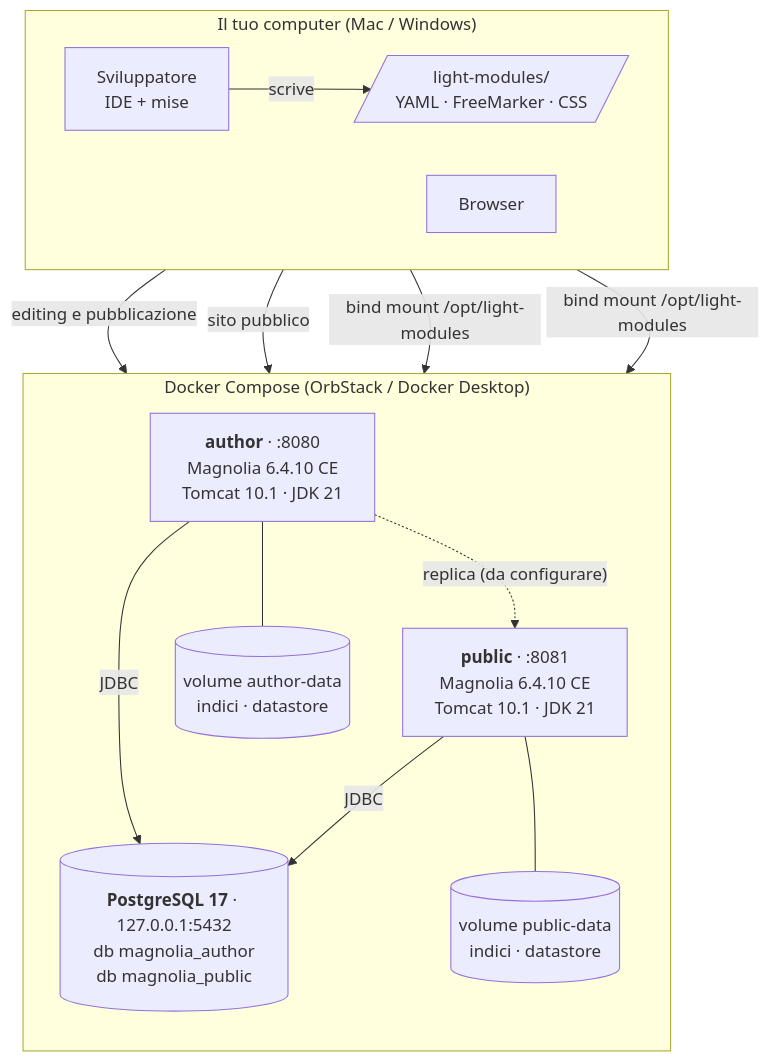
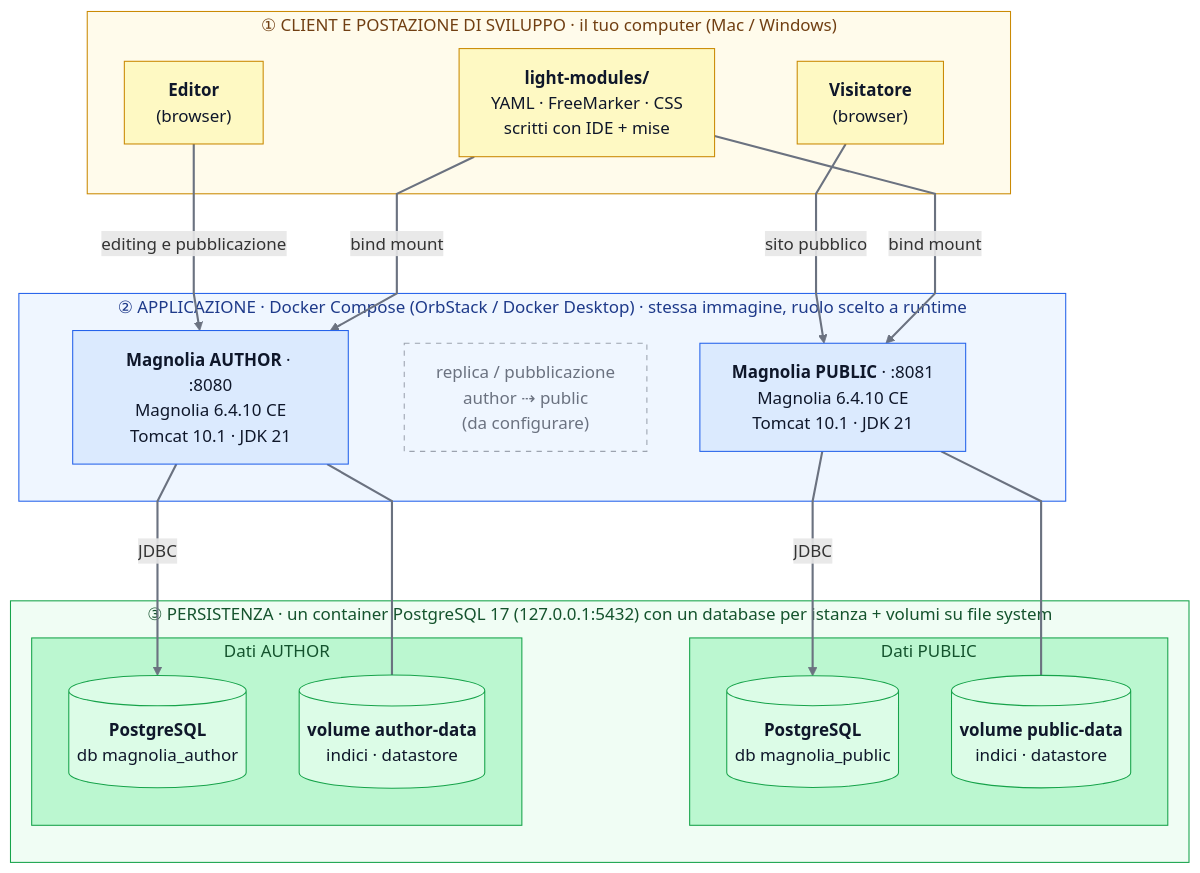
Before and after one commit to matteopelucco/magnolia-showcase: the first of 2 diagrams in README.md, drawn with Mermaid. The commit also changed other lines of this file, not shown here.

Commit message:
Redesign runtime architecture diagram with horizontal layers
Three labelled layers (client/dev, application, persistence); author and public
sit on the same row, each with its own PostgreSQL database and volume aligned
underneath. Replication is shown as a dashed note (not yet configured).

````diff
--- a/README.md
+++ b/README.md
@@ -13,29 +13,52 @@
 ```mermaid
+%%{init: {"flowchart": {"curve": "linear", "nodeSpacing": 50, "rankSpacing": 70}}}%%
 flowchart TB
-    subgraph host["Il tuo computer (Mac / Windows)"]
-        direction LR
-        dev["Sviluppatore<br/>IDE + mise"]
-        lm[/"light-modules/<br/>YAML · FreeMarker · CSS"/]
-        browser["Browser"]
-        dev -->|scrive| lm
+    subgraph L1["① CLIENT E POSTAZIONE DI SVILUPPO · il tuo computer (Mac / Windows)"]
+        visitor["<b>Visitatore</b><br/>(browser)"]
+        lm["<b>light-modules/</b><br/>YAML · FreeMarker · CSS<br/>scritti con IDE + mise"]
+        editor["<b>Editor</b><br/>(browser)"]
     end
 
-    subgraph compose["Docker Compose (OrbStack / Docker Desktop)"]
-        direction TB
-        a["<b>author</b> · :8080<br/>Magnolia 6.4.10 CE<br/>Tomcat 10.1 · JDK 21"]
-        p["<b>public</b> · :8081<br/>Magnolia 6.4.10 CE<br/>Tomcat 10.1 · JDK 21"]
-        pg[("<b>PostgreSQL 17</b> · 127.0.0.1:5432<br/>db magnolia_author<br/>db magnolia_public")]
-        va[("volume author-data<br/>indici · datastore")]
-        vp[("volume public-data<br/>indici · datastore")]
+    subgraph L2["② APPLICAZIONE · Docker Compose (OrbStack / Docker Desktop) · stessa immagine, ruolo scelto a runtime"]
+        public["<b>Magnolia PUBLIC</b> · :8081<br/>Magnolia 6.4.10 CE<br/>Tomcat 10.1 · JDK 21"]
+        repl["replica / pubblicazione<br/>author ⇢ public<br/>(da configurare)"]
+        author["<b>Magnolia AUTHOR</b> · :8080<br/>Magnolia 6.4.10 CE<br/>Tomcat 10.1 · JDK 21"]
     end
 
-    browser -->|"editing e pubblicazione"| a
-    browser -->|"sito pubblico"| p
-    lm -->|"bind mount /opt/light-modules"| a
-    lm -->|"bind mount /opt/light-modules"| p
-    a -->|"JDBC"| pg
-    p -->|"JDBC"| pg
-    a --- va
-    p --- vp
-    a -.->|"replica (da configurare)"| p
+    subgraph L3["③ PERSISTENZA · un container PostgreSQL 17 (127.0.0.1:5432) con un database per istanza + volumi su file system"]
+        subgraph DP["Dati PUBLIC"]
+            dbp[("<b>PostgreSQL</b><br/>db magnolia_public")]
+            volp[("<b>volume public-data</b><br/>indici · datastore")]
+        end
+        subgraph DA["Dati AUTHOR"]
+            dba[("<b>PostgreSQL</b><br/>db magnolia_author")]
+            vola[("<b>volume author-data</b><br/>indici · datastore")]
+        end
+    end
+
+    editor -->|"editing e pubblicazione"| author
+    visitor -->|"sito pubblico"| public
+    lm -->|"bind mount"| author
+    lm -->|"bind mount"| public
+    lm ~~~ repl
+    author -->|"JDBC"| dba
+    author --- vola
+    public -->|"JDBC"| dbp
+    public --- volp
+
+    classDef app fill:#dbeafe,stroke:#2563eb,color:#0f172a
+    classDef store fill:#dcfce7,stroke:#16a34a,color:#0f172a
+    classDef client fill:#fef9c3,stroke:#ca8a04,color:#0f172a
+    classDef note fill:none,stroke:#9ca3af,stroke-dasharray:5 5,color:#6b7280
+    class author,public app
+    class vola,volp,dba,dbp store
+    class lm,editor,visitor client
+    class repl note
+    style L1 fill:#fffbeb,stroke:#ca8a04,color:#713f12
+    style L2 fill:#eff6ff,stroke:#2563eb,color:#1e3a8a
+    style L3 fill:#f0fdf4,stroke:#16a34a,color:#14532d
+    style DA fill:#bbf7d0,stroke:#16a34a,color:#14532d
+    style DP fill:#bbf7d0,stroke:#16a34a,color:#14532d
+    linkStyle default stroke:#6b7280,stroke-width:2px
+    linkStyle 4 stroke-width:0px,stroke:transparent
 ```
````
